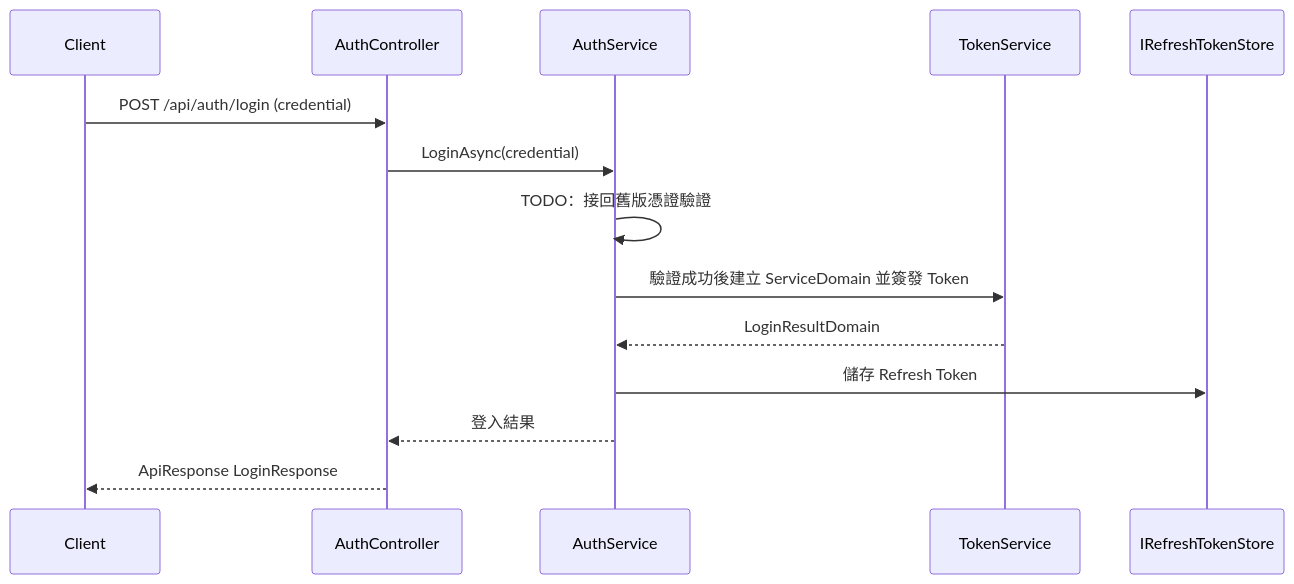
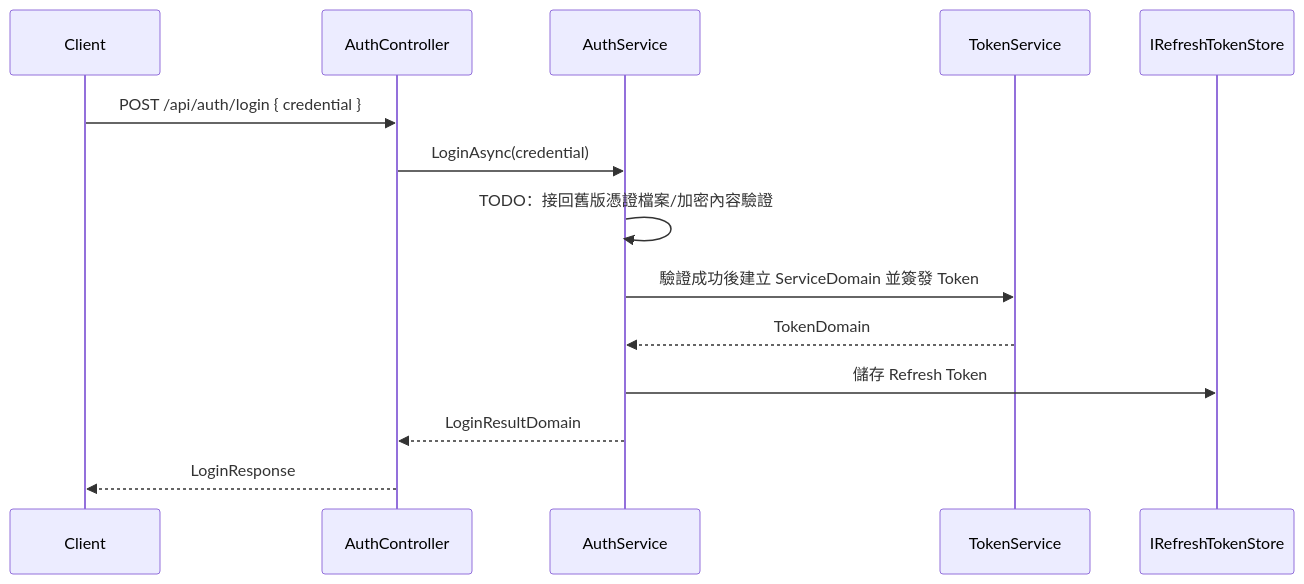
Before and after one commit to rexmax1018/B2B_API: the second of 2 diagrams in README.md, drawn with Mermaid. The commit also changed other lines of this file and 1 other file, not shown here.

````diff
--- a/README.md
+++ b/README.md
@@ -442,17 +293,17 @@
 ```mermaid
 sequenceDiagram
     participant Client as Client
     participant Controller as AuthController
     participant Auth as AuthService
     participant Token as TokenService
     participant Store as IRefreshTokenStore
 
-    Client->>Controller: POST /api/auth/login (credential)
+    Client->>Controller: POST /api/auth/login { credential }
     Controller->>Auth: LoginAsync(credential)
-    Auth->>Auth: TODO：接回舊版憑證驗證
+    Auth->>Auth: TODO：接回舊版憑證檔案/加密內容驗證
     Auth->>Token: 驗證成功後建立 ServiceDomain 並簽發 Token
-    Token-->>Auth: LoginResultDomain
+    Token-->>Auth: TokenDomain
     Auth->>Store: 儲存 Refresh Token
-    Auth-->>Controller: 登入結果
-    Controller-->>Client: ApiResponse LoginResponse
+    Auth-->>Controller: LoginResultDomain
+    Controller-->>Client: LoginResponse
 ```
````
